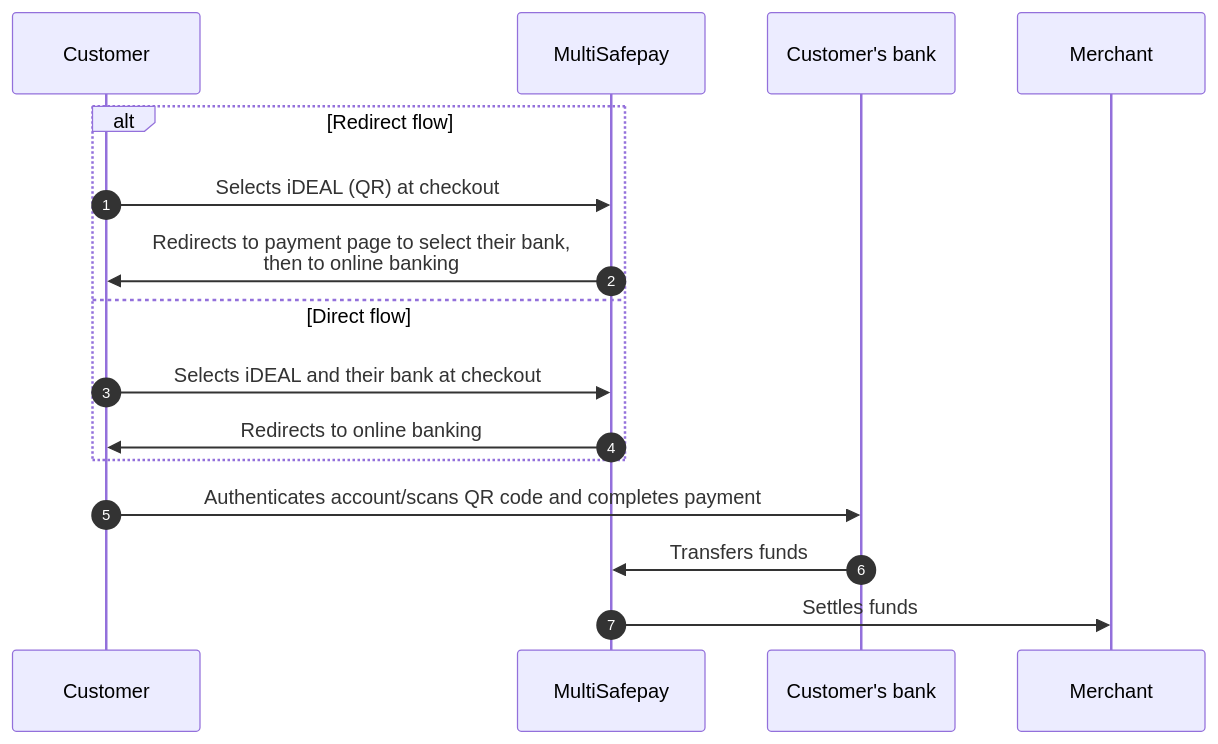
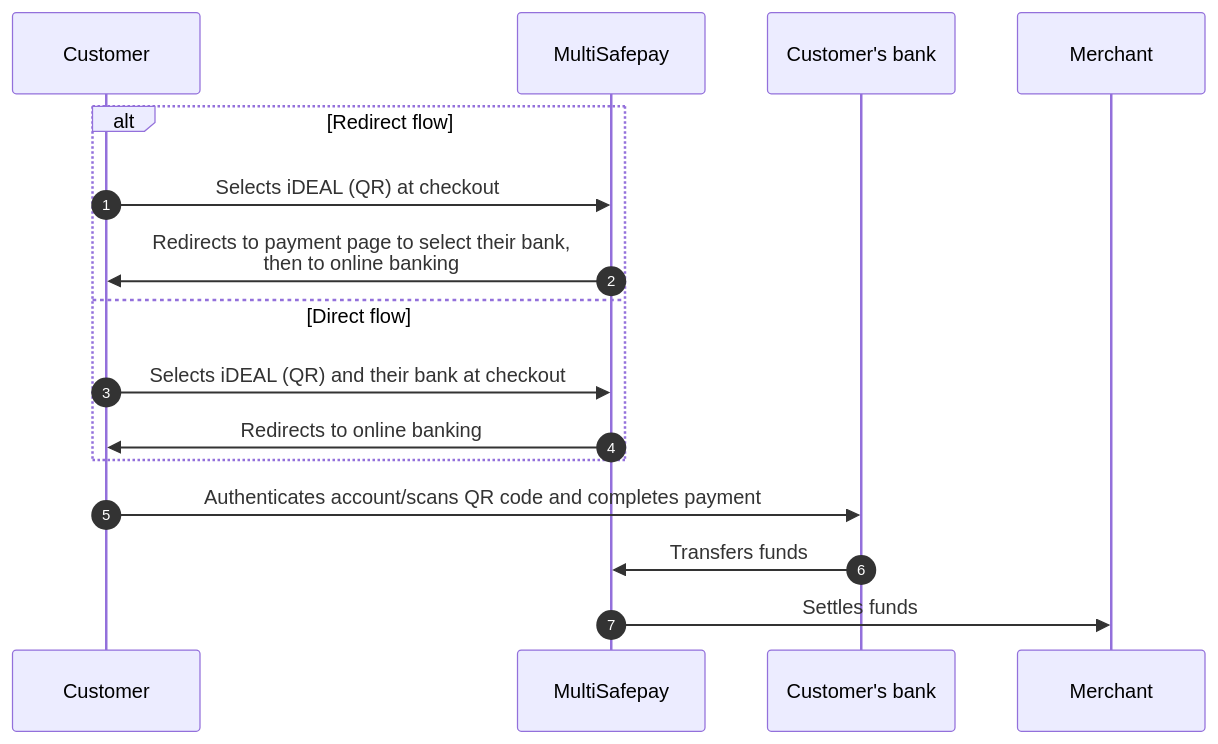
The diagram in content/payments/methods/banks/ideal/payment-flow.md (MultiSafepay/docs), drawn with Mermaid before and after one commit.

```diff
--- a/content/payments/methods/banks/ideal/payment-flow.md
+++ b/content/payments/methods/banks/ideal/payment-flow.md
@@ -17,21 +17,21 @@
 {{< mermaid class="text-center" >}}
 
 sequenceDiagram
     autonumber
     participant C as Customer
     participant Mu as MultiSafepay
     participant CB as Customer's bank
     participant Me as Merchant
 
     alt Redirect flow
     C->>Mu: Selects iDEAL (QR) at checkout
     Mu->>C: Redirects to payment page to select their bank, <br> then to online banking
     else Direct flow
-    C->>Mu: Selects iDEAL and their bank at checkout
+    C->>Mu: Selects iDEAL (QR) and their bank at checkout
     Mu->>C: Redirects to online banking
     end
     C->>CB: Authenticates account/scans QR code and completes payment
     CB->>Mu: Transfers funds 
     Mu->>Me: Settles funds
 
 {{< /mermaid >}}
```
